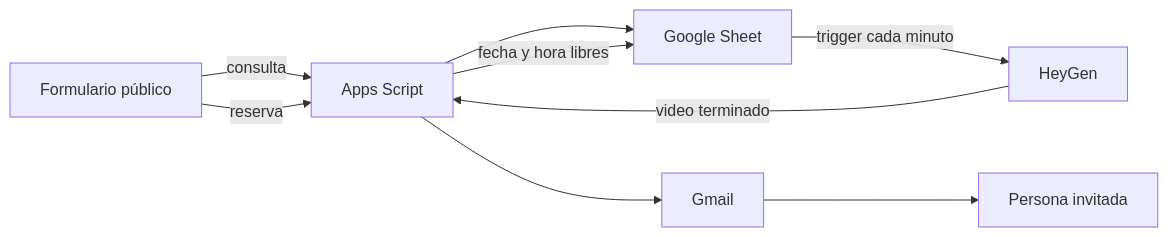
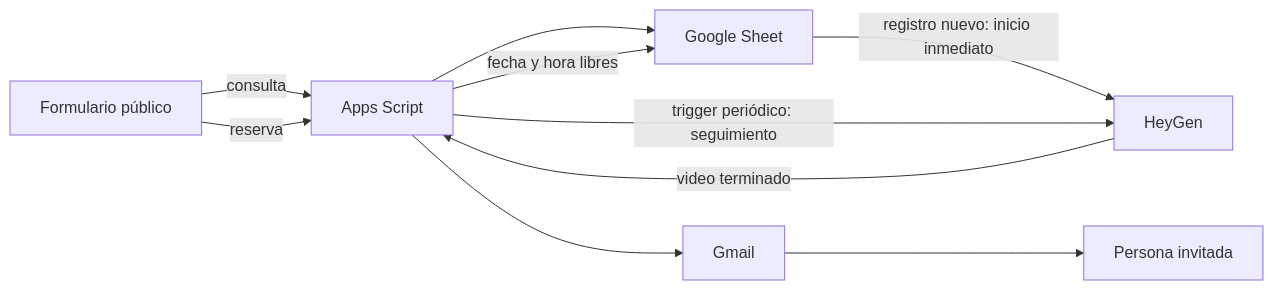
The diagram in README.md (rodrigoppfx-code/confirmacion-reuniones), drawn with Mermaid before and after one commit. The commit also changed other lines of this file and 3 other files, not shown here.

Commit message:
Agregar inicio inmediato configurable para videos

````diff
--- a/README.md
+++ b/README.md
@@ -63,11 +64,12 @@
 ```mermaid
 flowchart LR
     A[Formulario público] -->|consulta| B[Apps Script]
     B --> C[Google Sheet]
     A -->|reserva| B
     B -->|fecha y hora libres| C
-    C -->|trigger cada minuto| D[HeyGen]
+    C -->|registro nuevo: inicio inmediato| D[HeyGen]
     D -->|video terminado| B
     B --> E[Gmail]
     E --> F[Persona invitada]
+    B -->|trigger periódico: seguimiento| D
 ```
````
